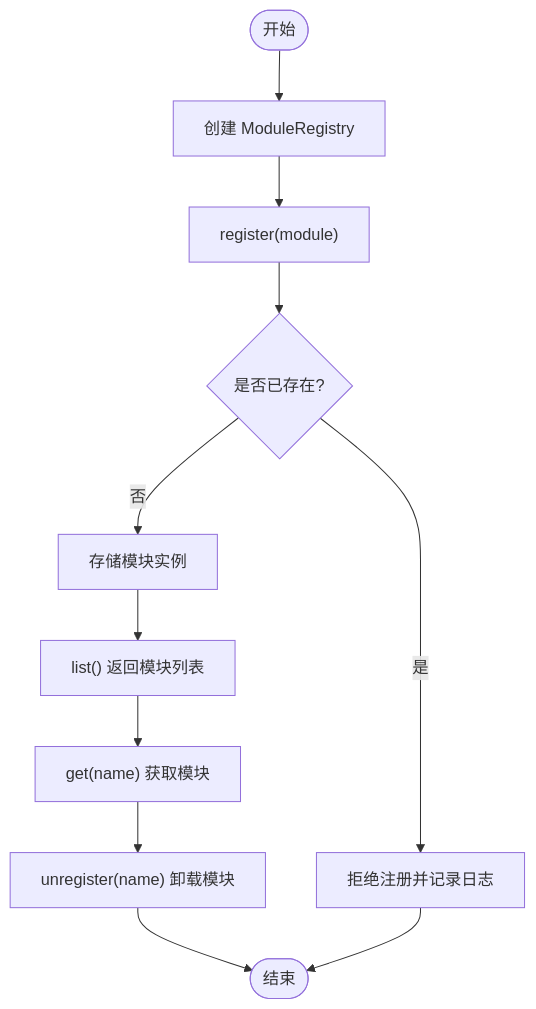
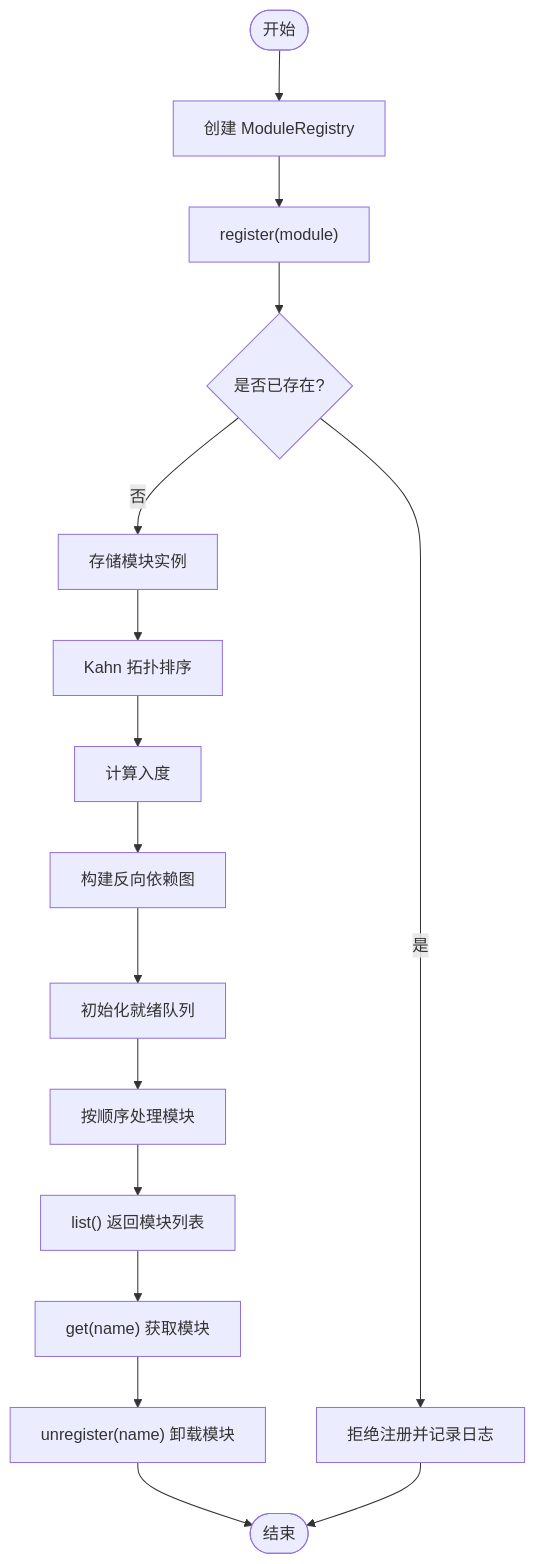
One commit to super1wang/LaserCNCv1.0 changed the fourth of 9 diagrams in .qoder/repowiki/zh/content/架构设计/微内核架构.md. Above: the diagram before and after it, drawn with Mermaid. The commit also changed other lines of this file and 23 other files, not shown here.

````diff
--- a/.qoder/repowiki/zh/content/架构设计/微内核架构.md
+++ b/.qoder/repowiki/zh/content/架构设计/微内核架构.md
@@ -236,13 +281,18 @@
 ```mermaid
 flowchart TD
 Start(["开始"]) --> Create["创建 ModuleRegistry"]
 Create --> Register["register(module)"]
 Register --> Exists{"是否已存在?"}
 Exists --> |是| Reject["拒绝注册并记录日志"]
 Exists --> |否| Store["存储模块实例"]
-Store --> List["list() 返回模块列表"]
+Store --> TopSort["Kahn 拓扑排序"]
+TopSort --> InDeg["计算入度"]
+InDeg --> ReverseDeps["构建反向依赖图"]
+ReverseDeps --> Ready["初始化就绪队列"]
+Ready --> Order["按顺序处理模块"]
+Order --> List["list() 返回模块列表"]
 List --> Get["get(name) 获取模块"]
 Get --> Unregister["unregister(name) 卸载模块"]
 Unregister --> End(["结束"])
 Reject --> End
 ```
````
